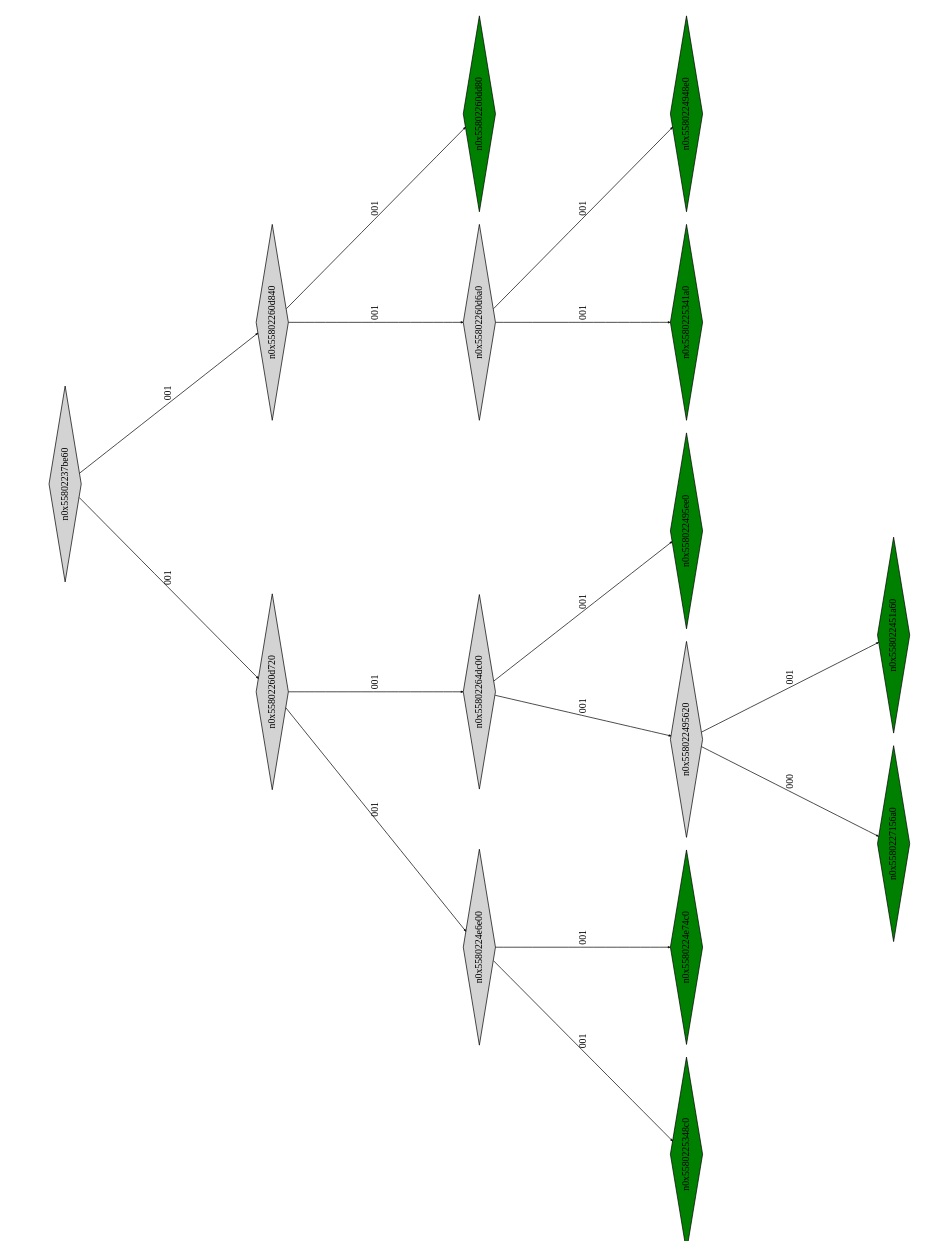
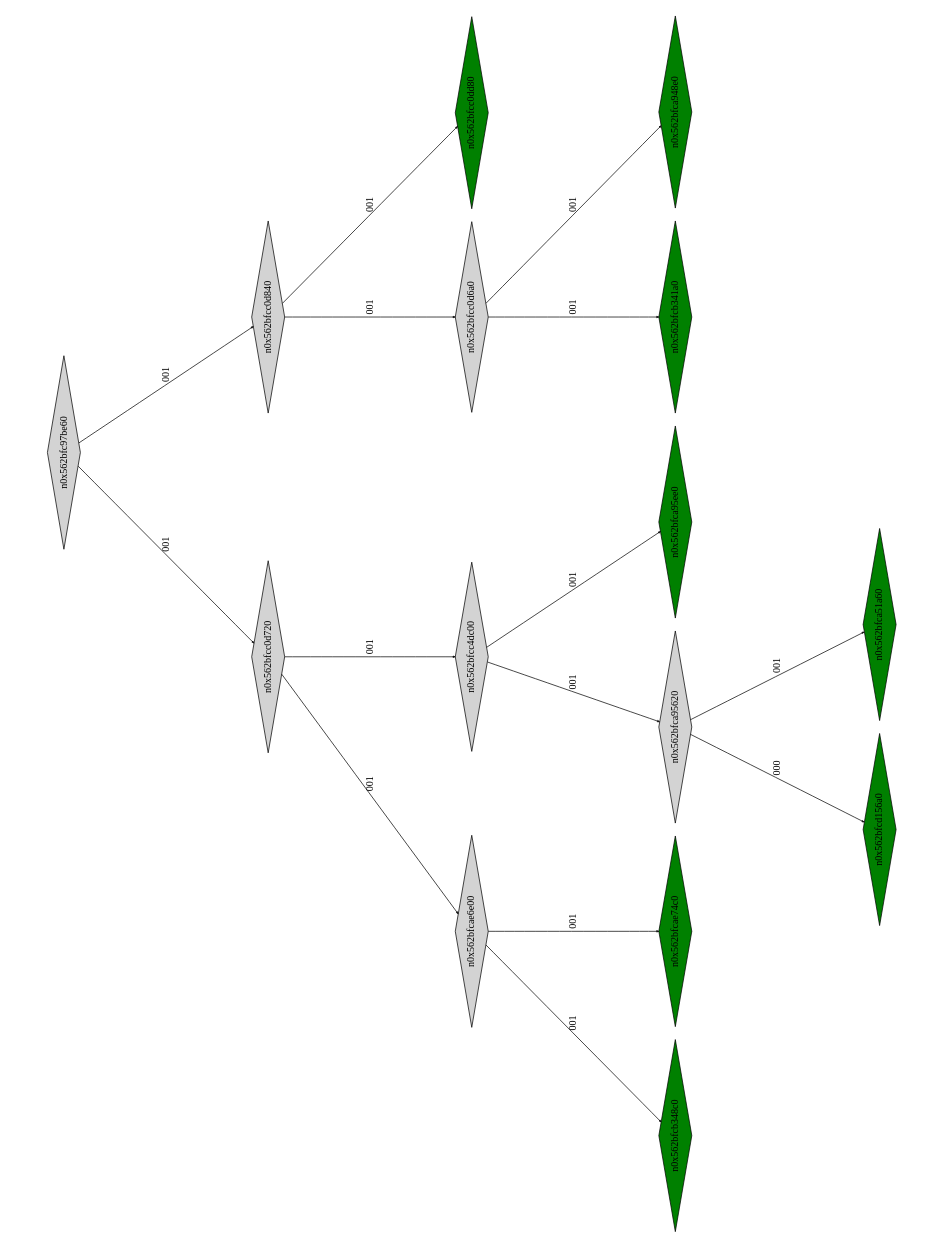
Before and after one commit to Research-Tools-PAVT/PSE-Program-Examples: the diagram in montyhall_klee_out/ptree_00020961.dot, drawn with Graphviz. The commit also changed 60 other files, not shown here.

```diff
--- a/montyhall_klee_out/ptree_00020961.dot
+++ b/montyhall_klee_out/ptree_00020961.dot
@@ -1,37 +1,37 @@
 digraph G {
 	size="10,7.5";
 	ratio=fill;
 	rotate=90;
 	center = "true";
 	node [style="filled",width=.1,height=.1,fontname="Terminus"]
 	edge [arrowsize=.3]
-	n0x55802237be60 [shape=diamond];
-	n0x55802237be60 -> n0x55802260d720 [label=001];
-	n0x55802237be60 -> n0x55802260d840 [label=001];
-	n0x55802260d840 [shape=diamond];
-	n0x55802260d840 -> n0x55802260d6a0 [label=001];
-	n0x55802260d840 -> n0x55802260dd80 [label=001];
-	n0x55802260dd80 [shape=diamond,fillcolor=green];
-	n0x55802260d6a0 [shape=diamond];
-	n0x55802260d6a0 -> n0x5580225341a0 [label=001];
-	n0x55802260d6a0 -> n0x5580224948e0 [label=001];
-	n0x5580224948e0 [shape=diamond,fillcolor=green];
-	n0x5580225341a0 [shape=diamond,fillcolor=green];
-	n0x55802260d720 [shape=diamond];
-	n0x55802260d720 -> n0x5580224e6e00 [label=001];
-	n0x55802260d720 -> n0x55802264dc00 [label=001];
-	n0x55802264dc00 [shape=diamond];
-	n0x55802264dc00 -> n0x558022495620 [label=001];
-	n0x55802264dc00 -> n0x558022495ee0 [label=001];
-	n0x558022495ee0 [shape=diamond,fillcolor=green];
-	n0x558022495620 [shape=diamond];
-	n0x558022495620 -> n0x5580227156a0 [label=000];
-	n0x558022495620 -> n0x558022451a60 [label=001];
-	n0x558022451a60 [shape=diamond,fillcolor=green];
-	n0x5580227156a0 [shape=diamond,fillcolor=green];
-	n0x5580224e6e00 [shape=diamond];
-	n0x5580224e6e00 -> n0x5580225348c0 [label=001];
-	n0x5580224e6e00 -> n0x5580224e74c0 [label=001];
-	n0x5580224e74c0 [shape=diamond,fillcolor=green];
-	n0x5580225348c0 [shape=diamond,fillcolor=green];
+	n0x562bfc97be60 [shape=diamond];
+	n0x562bfc97be60 -> n0x562bfcc0d720 [label=001];
+	n0x562bfc97be60 -> n0x562bfcc0d840 [label=001];
+	n0x562bfcc0d840 [shape=diamond];
+	n0x562bfcc0d840 -> n0x562bfcc0d6a0 [label=001];
+	n0x562bfcc0d840 -> n0x562bfcc0dd80 [label=001];
+	n0x562bfcc0dd80 [shape=diamond,fillcolor=green];
+	n0x562bfcc0d6a0 [shape=diamond];
+	n0x562bfcc0d6a0 -> n0x562bfcb341a0 [label=001];
+	n0x562bfcc0d6a0 -> n0x562bfca948e0 [label=001];
+	n0x562bfca948e0 [shape=diamond,fillcolor=green];
+	n0x562bfcb341a0 [shape=diamond,fillcolor=green];
+	n0x562bfcc0d720 [shape=diamond];
+	n0x562bfcc0d720 -> n0x562bfcae6e00 [label=001];
+	n0x562bfcc0d720 -> n0x562bfcc4dc00 [label=001];
+	n0x562bfcc4dc00 [shape=diamond];
+	n0x562bfcc4dc00 -> n0x562bfca95620 [label=001];
+	n0x562bfcc4dc00 -> n0x562bfca95ee0 [label=001];
+	n0x562bfca95ee0 [shape=diamond,fillcolor=green];
+	n0x562bfca95620 [shape=diamond];
+	n0x562bfca95620 -> n0x562bfcd156a0 [label=000];
+	n0x562bfca95620 -> n0x562bfca51a60 [label=001];
+	n0x562bfca51a60 [shape=diamond,fillcolor=green];
+	n0x562bfcd156a0 [shape=diamond,fillcolor=green];
+	n0x562bfcae6e00 [shape=diamond];
+	n0x562bfcae6e00 -> n0x562bfcb348c0 [label=001];
+	n0x562bfcae6e00 -> n0x562bfcae74c0 [label=001];
+	n0x562bfcae74c0 [shape=diamond,fillcolor=green];
+	n0x562bfcb348c0 [shape=diamond,fillcolor=green];
 }
```
